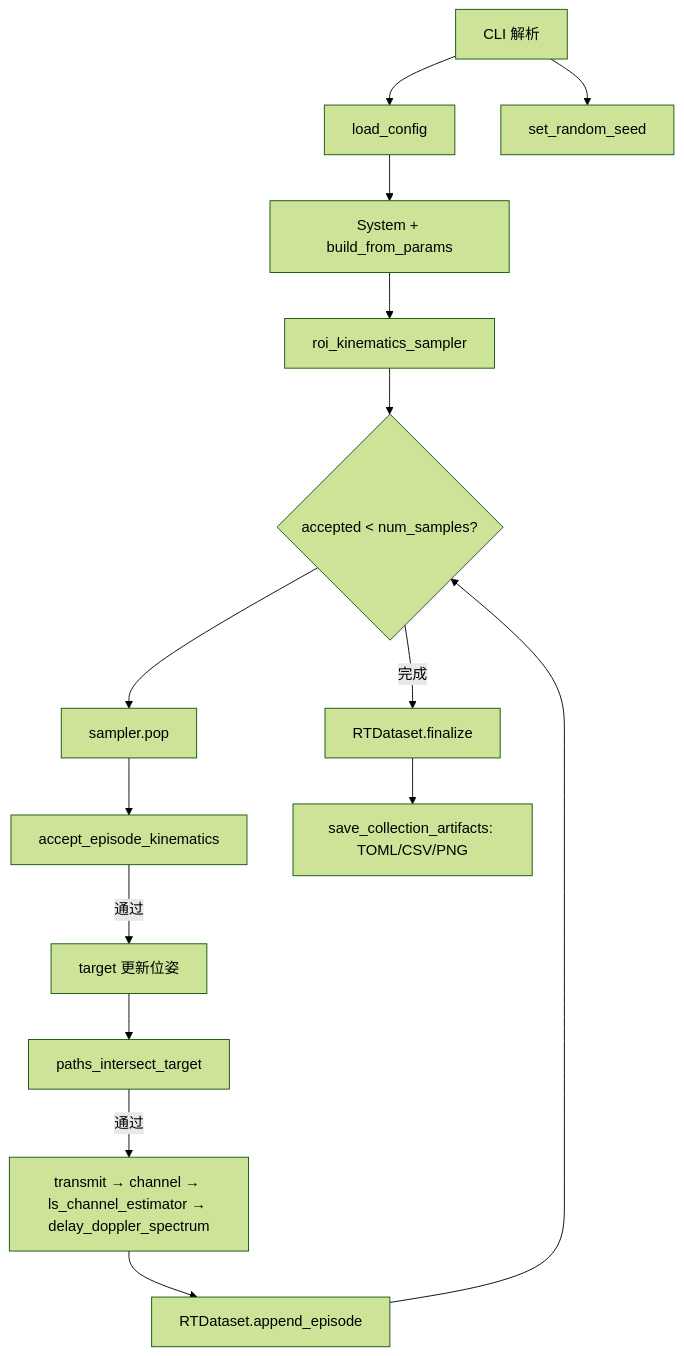
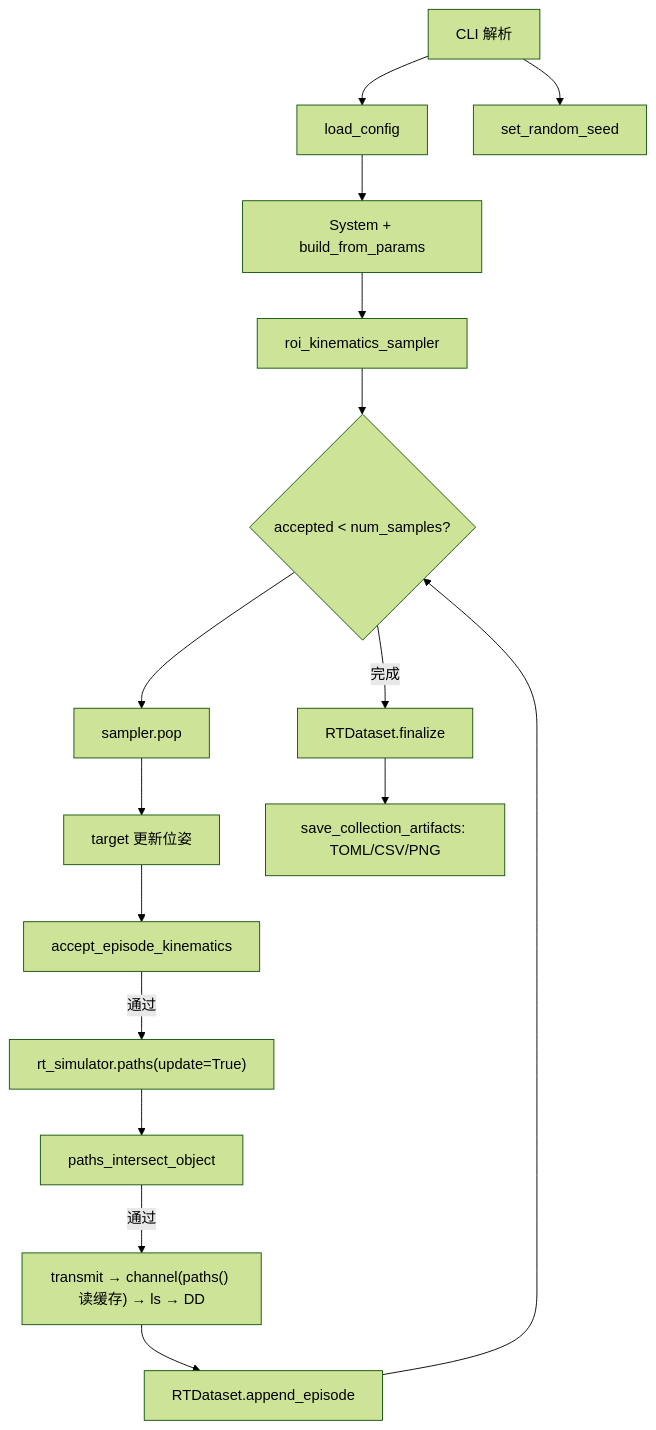
One commit to GitLinhp/isac changed the diagram in docs/run_data_collection.md. Above: the diagram before and after it, drawn with Mermaid (forest theme). The commit also changed other lines of this file and 14 other files, not shown here.

````diff
--- a/docs/run_data_collection.md
+++ b/docs/run_data_collection.md
@@ -100,17 +100,18 @@
 ```mermaid
 flowchart TD
     CLI[CLI 解析] --> Load[load_config]
     CLI --> Seed[set_random_seed]
     Load --> Sys[System + build_from_params]
     Sys --> Pool[roi_kinematics_sampler]
     Pool --> Loop{accepted < num_samples?}
     Loop --> Pop[sampler.pop]
-    Pop --> F1[accept_episode_kinematics]
-    F1 -->|通过| Pose[target 更新位姿]
-    Pose --> F2[paths_intersect_target]
-    F2 -->|通过| Sim[transmit → channel → ls_channel_estimator → delay_doppler_spectrum]
+    Pop --> Pose[target 更新位姿]
+    Pose --> F1[accept_episode_kinematics]
+    F1 -->|通过| Paths["rt_simulator.paths(update=True)"]
+    Paths --> F2[paths_intersect_object]
+    F2 -->|通过| Sim["transmit → channel(paths() 读缓存) → ls → DD"]
     Sim --> H5[RTDataset.append_episode]
     H5 --> Loop
     Loop -->|完成| Final[RTDataset.finalize]
     Final --> Art[save_collection_artifacts: TOML/CSV/PNG]
 ```
````
